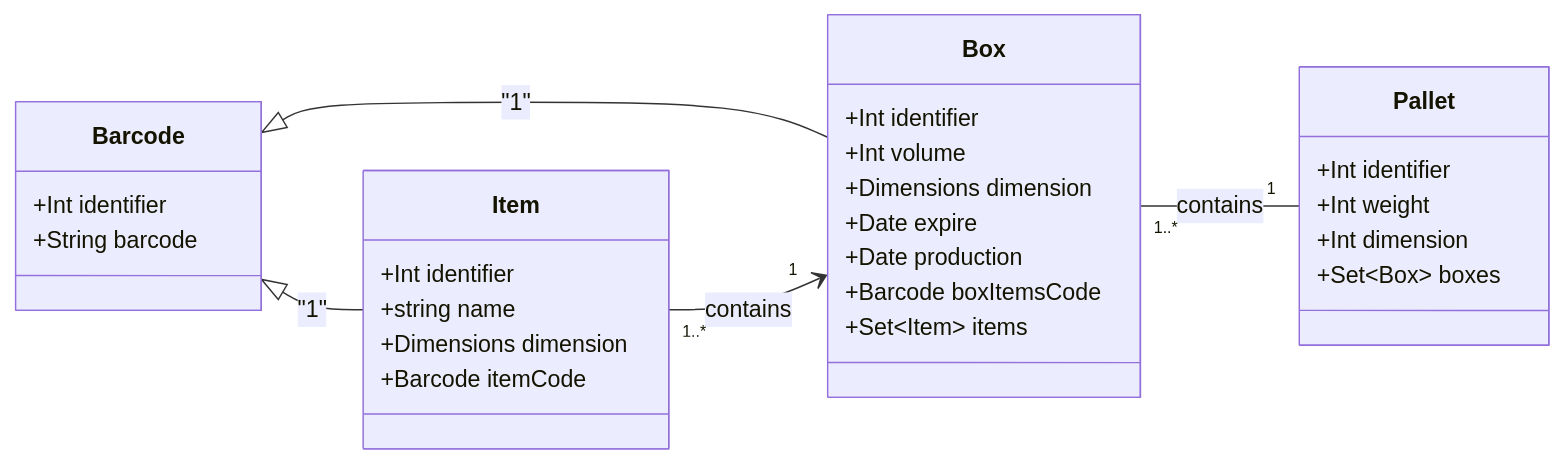
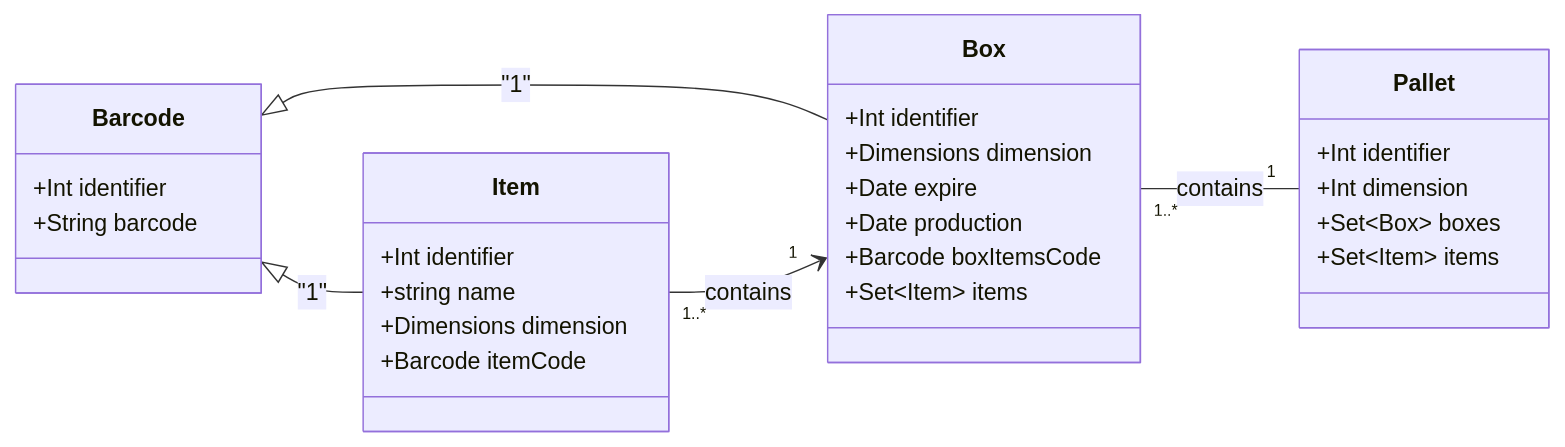
Before and after one commit to MarkPatka/MikeyaWarehouse: the diagram in MikeyaWarehouse.Domain/Common/Diagrams/Items.mmd, drawn with Mermaid. The commit also changed 44 other files, not shown here.

```diff
--- a/MikeyaWarehouse.Domain/Common/Diagrams/Items.mmd
+++ b/MikeyaWarehouse.Domain/Common/Diagrams/Items.mmd
@@ -1,37 +1,36 @@
 classDiagram
     direction LR
     
     class Item {
         +Int identifier
         +string name
         +Dimensions dimension
         +Barcode itemCode
     }
 
     class Box {
         +Int identifier
-        +Int volume
         +Dimensions dimension
         +Date expire
         +Date production
         +Barcode boxItemsCode
         +Set~Item~ items
     } 
 
     class Pallet {
         +Int identifier
-        +Int weight
         +Int dimension
         +Set~Box~ boxes
+        +Set~Item~ items
     }
 
     class Barcode {
         +Int identifier
         +String barcode
     }
 
 
     Barcode <|-- Item : "1"
     Barcode <|-- Box : "1"
     Item "1..*" --> "1" Box : contains
     Box "1..*" -- "1" Pallet : contains
```
